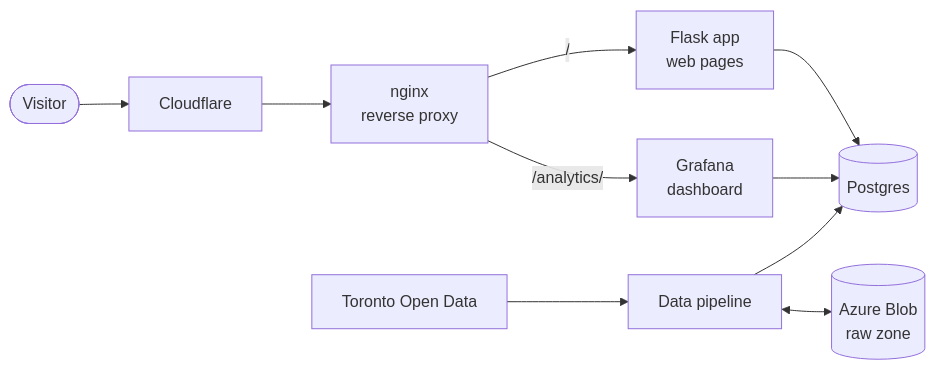
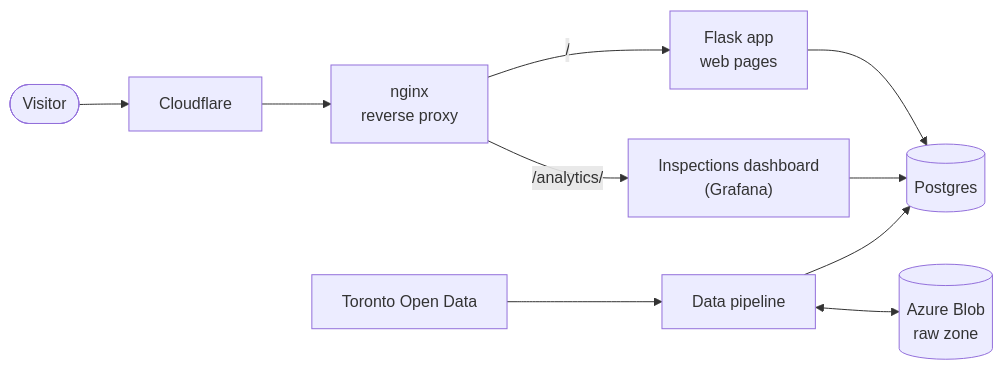
The first of 2 diagrams in docs-new/ref/2-app-architecture.md (im-kenough/DineSafeViz), drawn with Mermaid before and after one commit. The commit also changed other lines of this file and 9 other files, not shown here.

First line of the commit message:
docs: update data architecture docs (#268)

````diff
--- a/docs-new/ref/2-app-architecture.md
+++ b/docs-new/ref/2-app-architecture.md
@@ -16,12 +18,12 @@
 ```mermaid
 flowchart LR
     visitor([Visitor]) --> cf[Cloudflare]
     cf --> nginx[nginx<br/>reverse proxy]
     nginx -- "/" --> app[Flask app<br/>web pages]
-    nginx -- "/analytics/" --> grafana[Grafana<br/>dashboard]
+    nginx -- "/analytics/" --> grafana["Inspections dashboard<br/>(Grafana)"]
     app --> db[(Postgres)]
     grafana --> db
     tod[Toronto Open Data] --> pipeline[Data pipeline]
     pipeline <--> blob[(Azure Blob<br/>raw zone)]
     pipeline --> db
 ```
````
